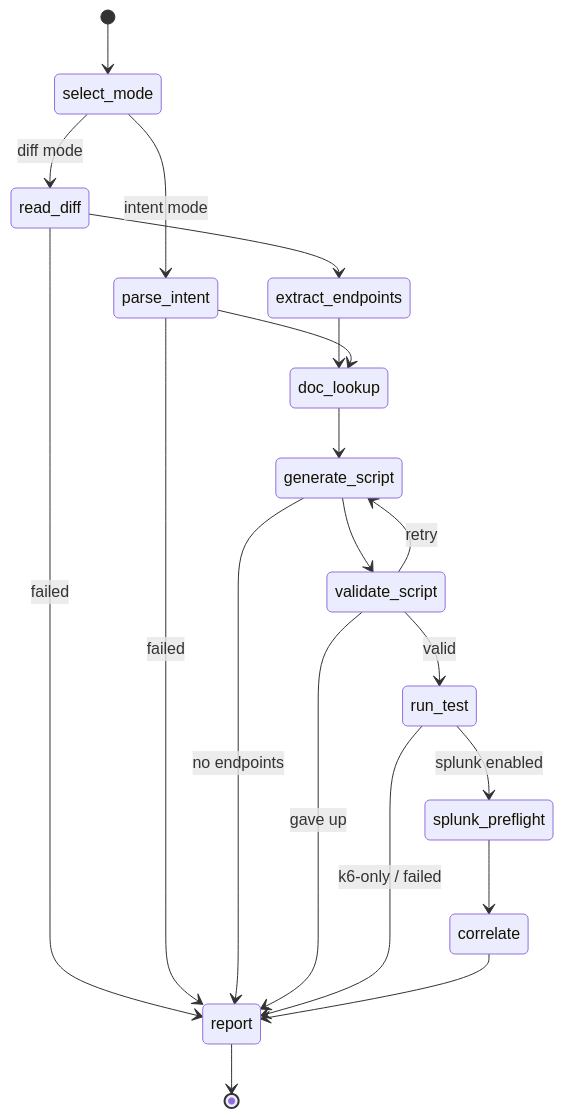
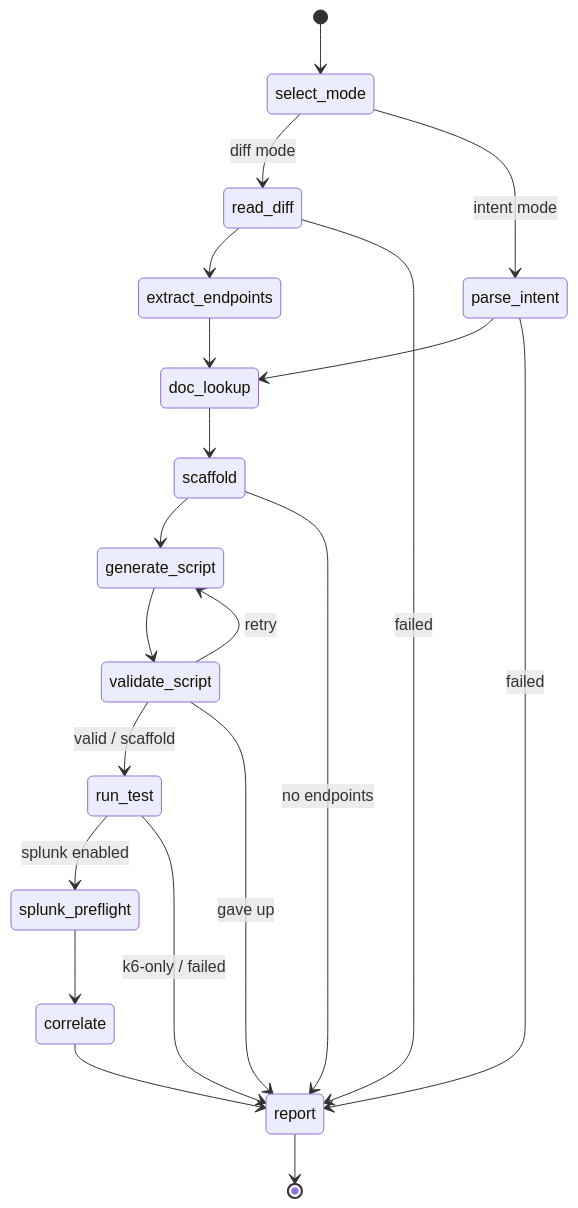
One commit to msradam/kassi changed the diagram in README.md. Above: the diagram before and after it, drawn with Mermaid. The commit also changed other lines of this file and 10 other files, not shown here.

First line of the commit message:
docs: scaffold/generate split, model narration; regenerate demo + shots

````diff
--- a/README.md
+++ b/README.md
@@ -144,22 +144,23 @@
 ```mermaid
 stateDiagram-v2
     [*] --> select_mode
     select_mode --> read_diff: diff mode
     select_mode --> parse_intent: intent mode
     read_diff --> extract_endpoints
     read_diff --> report: failed
     extract_endpoints --> doc_lookup
     parse_intent --> doc_lookup
     parse_intent --> report: failed
-    doc_lookup --> generate_script
+    doc_lookup --> scaffold
+    scaffold --> generate_script
+    scaffold --> report: no endpoints
     generate_script --> validate_script
-    generate_script --> report: no endpoints
     validate_script --> generate_script: retry
-    validate_script --> run_test: valid
+    validate_script --> run_test: valid / scaffold
     validate_script --> report: gave up
     run_test --> splunk_preflight: splunk enabled
     run_test --> report: k6-only / failed
     splunk_preflight --> correlate
     correlate --> report
     report --> [*]
 ```
````
